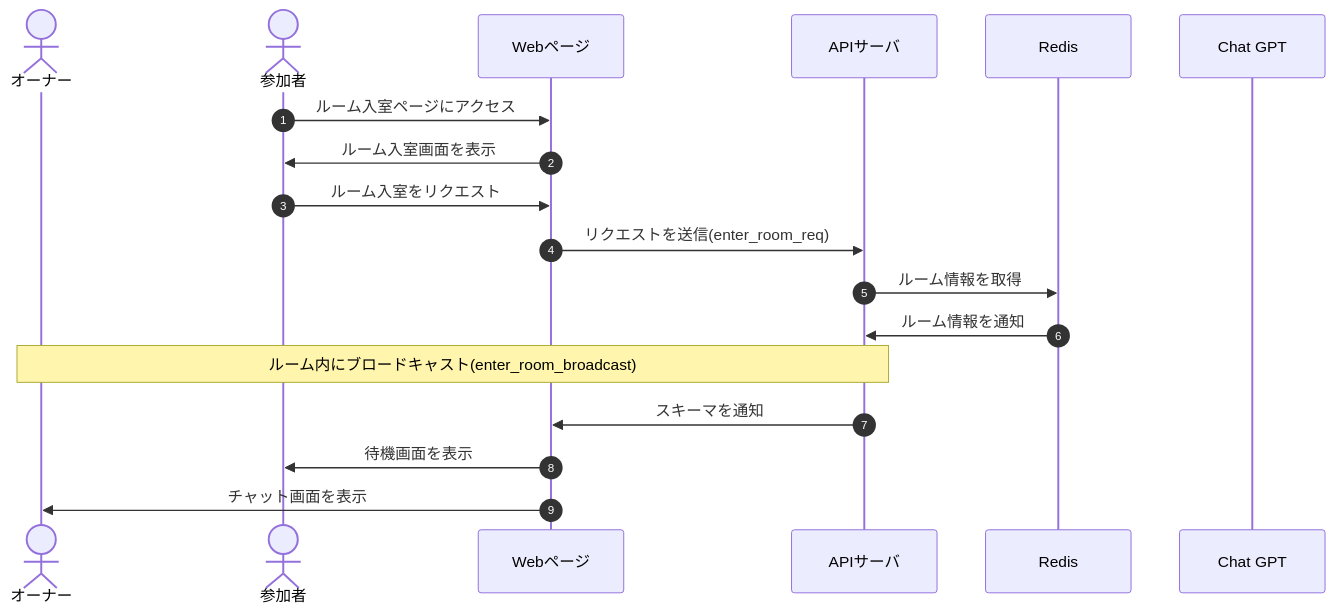
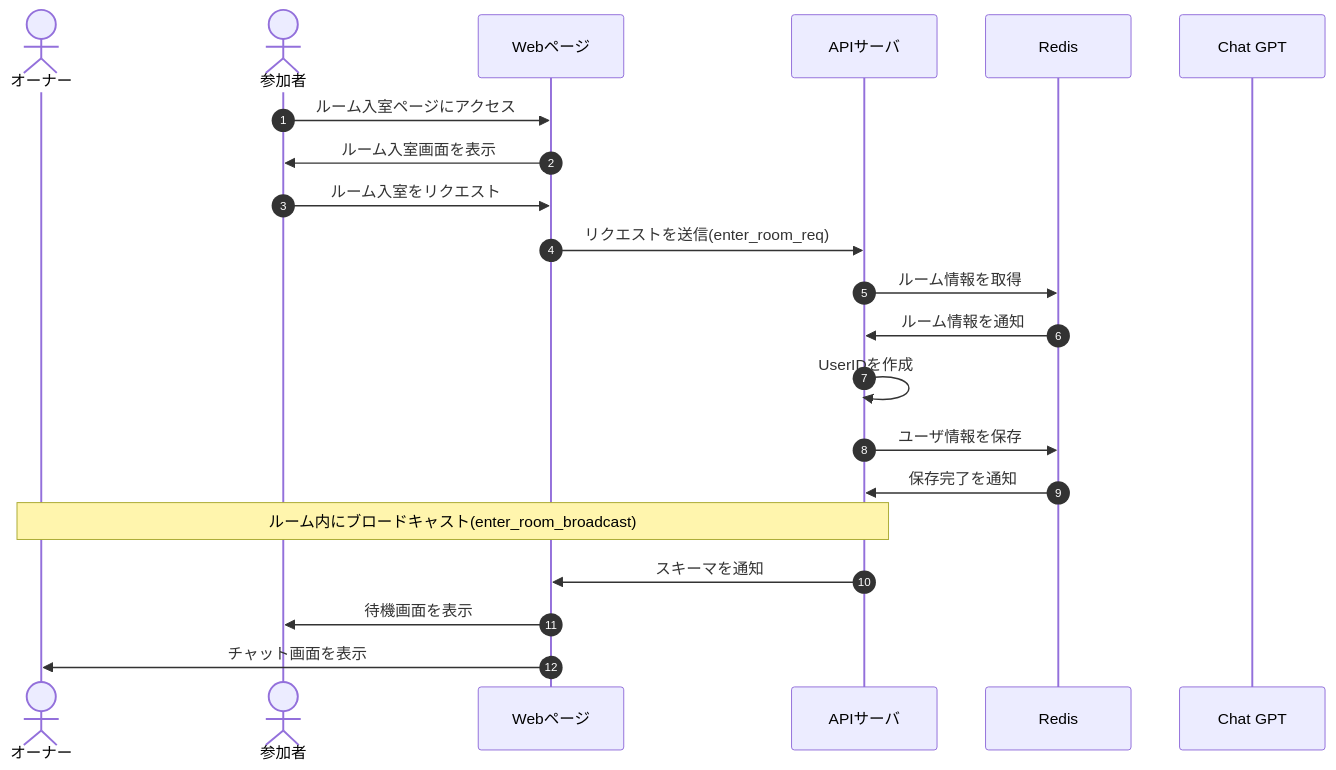
The diagram in docs/DesignDog/02_ルーム入室.md (Tanakaryuki/chat_wolf), drawn with Mermaid before and after one commit. The commit also changed 4 other files, not shown here.

````diff
--- a/docs/DesignDog/02_ルーム入室.md
+++ b/docs/DesignDog/02_ルーム入室.md
@@ -15,21 +15,24 @@
 ```mermaid
 sequenceDiagram
     autonumber
     actor owner as オーナー
     actor participants as 参加者
     participant front as Webページ
     participant api as APIサーバ
     participant db as Redis
     participant ai as Chat GPT
 
     participants->>front: ルーム入室ページにアクセス
     front->>participants: ルーム入室画面を表示
     participants->>front: ルーム入室をリクエスト
     front->>api: リクエストを送信(enter_room_req)
     api->>db: ルーム情報を取得
     db->>api: ルーム情報を通知
+    api->>api: UserIDを作成
+    api->>db: ユーザ情報を保存
+    db->>api: 保存完了を通知
     Note over owner,api: ルーム内にブロードキャスト(enter_room_broadcast)
     api->>front: スキーマを通知
     front->>participants: 待機画面を表示
     front->>owner: チャット画面を表示
 ```
````
